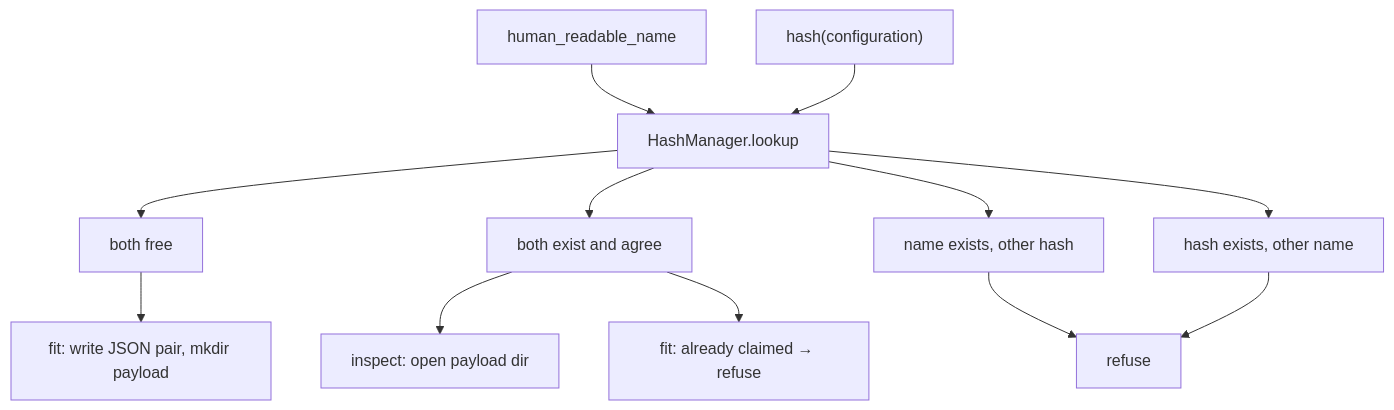
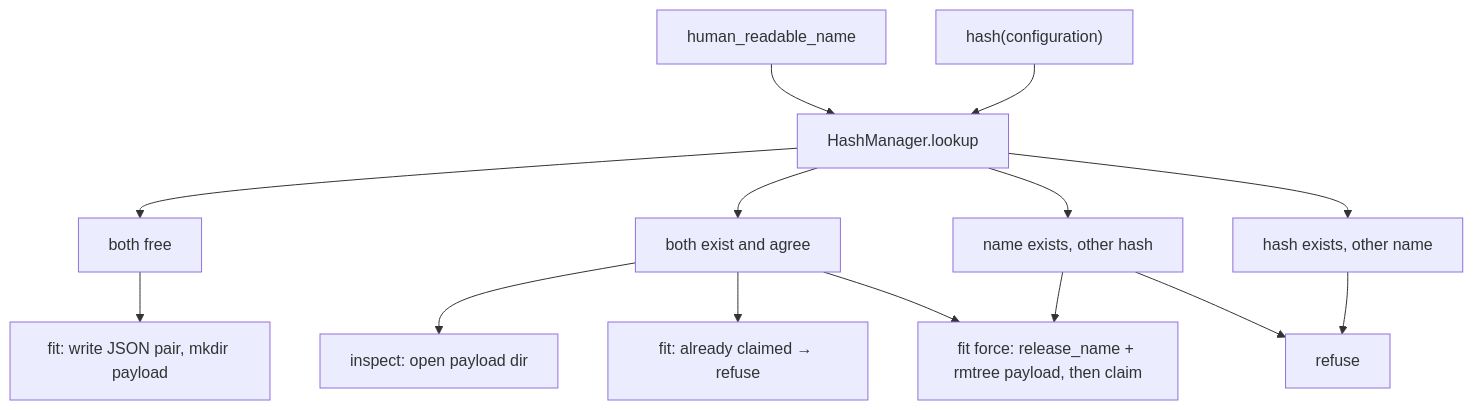
Before and after one commit to ayhem18/dl_toolbox: the diagram in standards/experiment_management/recipe/run_identity.md, drawn with Mermaid. The commit also changed other lines of this file and 65 other files, not shown here.

````diff
--- a/standards/experiment_management/recipe/run_identity.md
+++ b/standards/experiment_management/recipe/run_identity.md
@@ -26,14 +27,16 @@
 ```mermaid
 flowchart TD
   name["human_readable_name"] --> hm["HashManager.lookup"]
   hash["hash(configuration)"] --> hm
   hm --> both_free["both free"]
   hm --> both_match["both exist and agree"]
   hm --> name_taken["name exists, other hash"]
   hm --> hash_taken["hash exists, other name"]
   both_free --> claim["fit: write JSON pair, mkdir payload"]
   both_match --> open["inspect: open payload dir"]
   both_match --> fit_exists["fit: already claimed → refuse"]
+  both_match --> force["fit force: release_name + rmtree payload, then claim"]
   name_taken --> refuse["refuse"]
+  name_taken --> force
   hash_taken --> refuse
 ```
````
